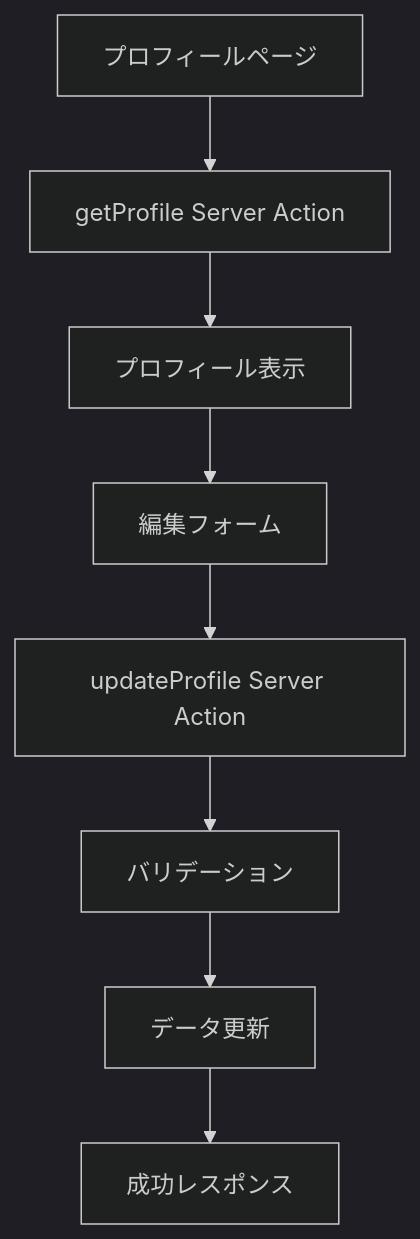
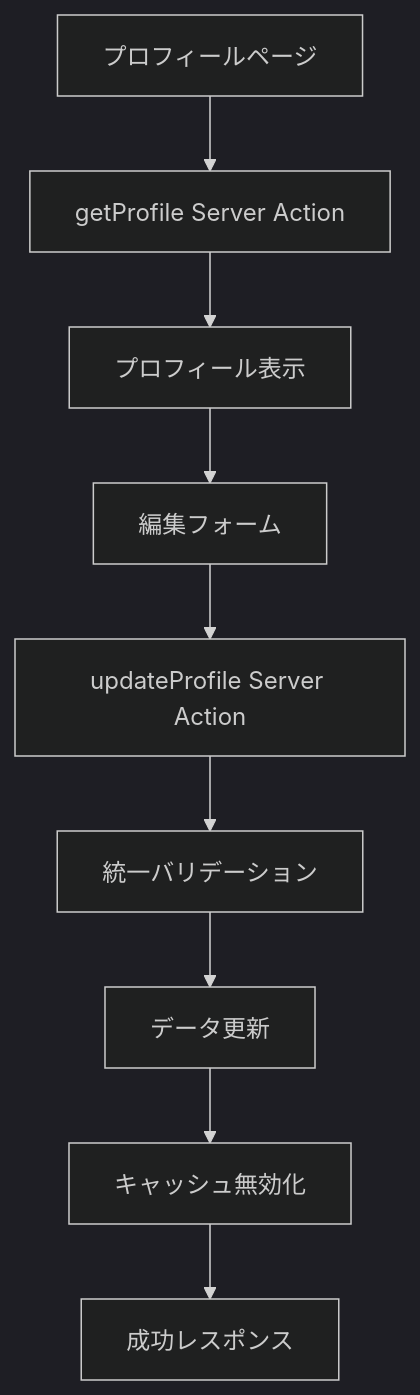
One commit to takunagai/nextjs-boilerplate changed the diagram in docs/manual/profile.md. Above: the diagram before and after it, drawn with Mermaid (dark theme). The commit also changed other lines of this file and 3 other files, not shown here.

````diff
--- a/docs/manual/profile.md
+++ b/docs/manual/profile.md
@@ -145,10 +145,11 @@
 ```mermaid
 graph TD
     A[プロフィールページ] --> B[getProfile Server Action]
     B --> C[プロフィール表示]
     C --> D[編集フォーム]
     D --> E[updateProfile Server Action]
-    E --> F[バリデーション]
+    E --> F[統一バリデーション]
     F --> G[データ更新]
-    G --> H[成功レスポンス]
+    G --> H[キャッシュ無効化]
+    H --> I[成功レスポンス]
 ```
````
